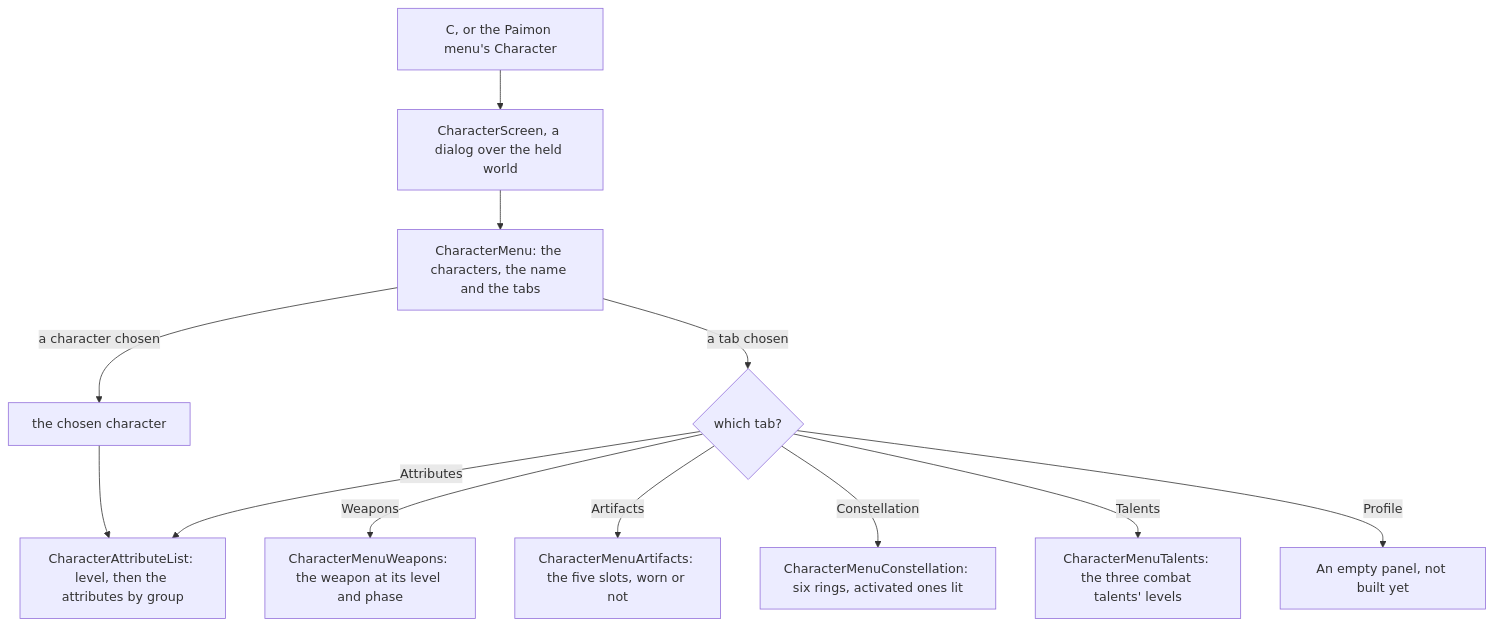
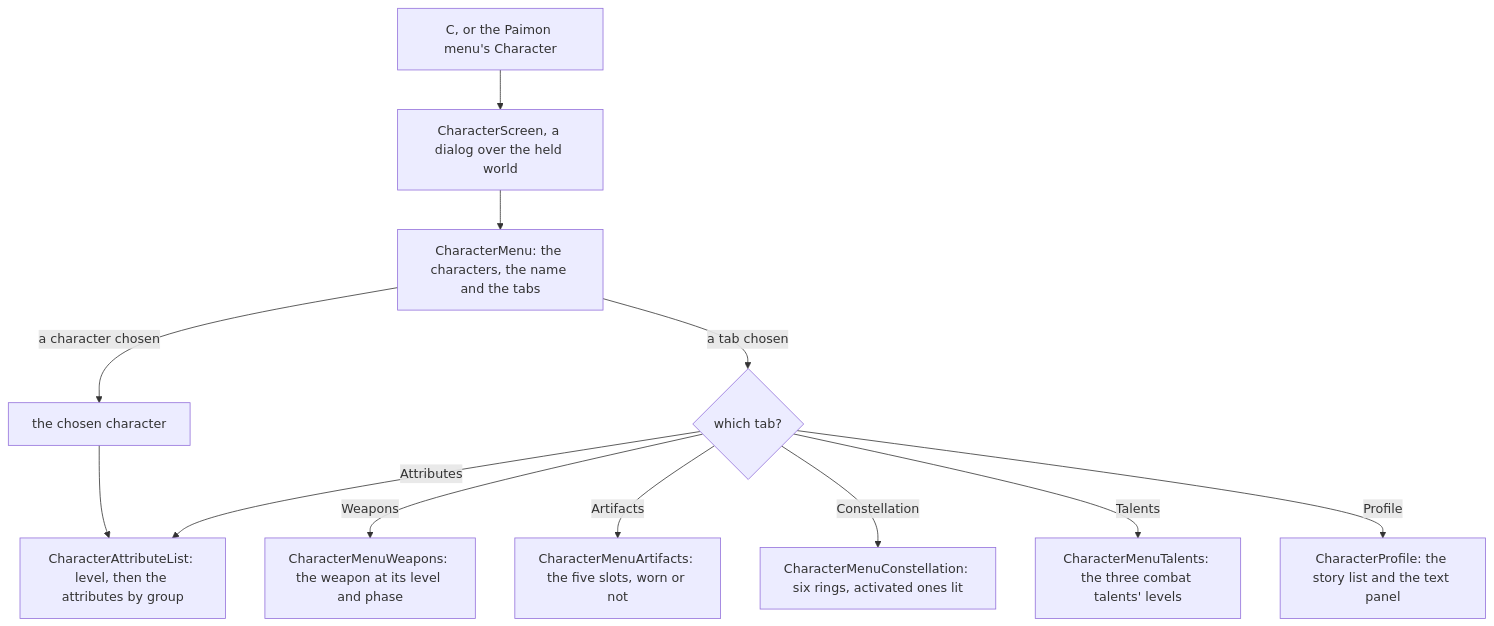
Before and after one commit to Esposter/Esposter: the diagram in openspec/specs/genshin/character-screen/design.md, drawn with Mermaid. The commit also changed 10 other files, not shown here.

````diff
--- a/openspec/specs/genshin/character-screen/design.md
+++ b/openspec/specs/genshin/character-screen/design.md
@@ -7,14 +7,14 @@
 ```mermaid
 flowchart TD
   C["C, or the Paimon menu's Character"] --> SCREEN["CharacterScreen, a dialog over the held world"]
   SCREEN --> MENU["CharacterMenu: the characters, the name and the tabs"]
   MENU -->|"a character chosen"| CHOSEN["the chosen character"]
   MENU -->|"a tab chosen"| TAB{"which tab?"}
   TAB -->|Attributes| LIST["CharacterAttributeList: level, then the attributes by group"]
   TAB -->|Weapons| WEAPONS["CharacterMenuWeapons: the weapon at its level and phase"]
   TAB -->|Artifacts| ARTIFACTS["CharacterMenuArtifacts: the five slots, worn or not"]
   TAB -->|Constellation| CONSTELLATIONS["CharacterMenuConstellation: six rings, activated ones lit"]
   TAB -->|Talents| TALENTS["CharacterMenuTalents: the three combat talents' levels"]
-  TAB -->|Profile| EMPTY["An empty panel, not built yet"]
+  TAB -->|Profile| PROFILE["CharacterProfile: the story list and the text panel"]
   CHOSEN --> LIST
 ```
````
